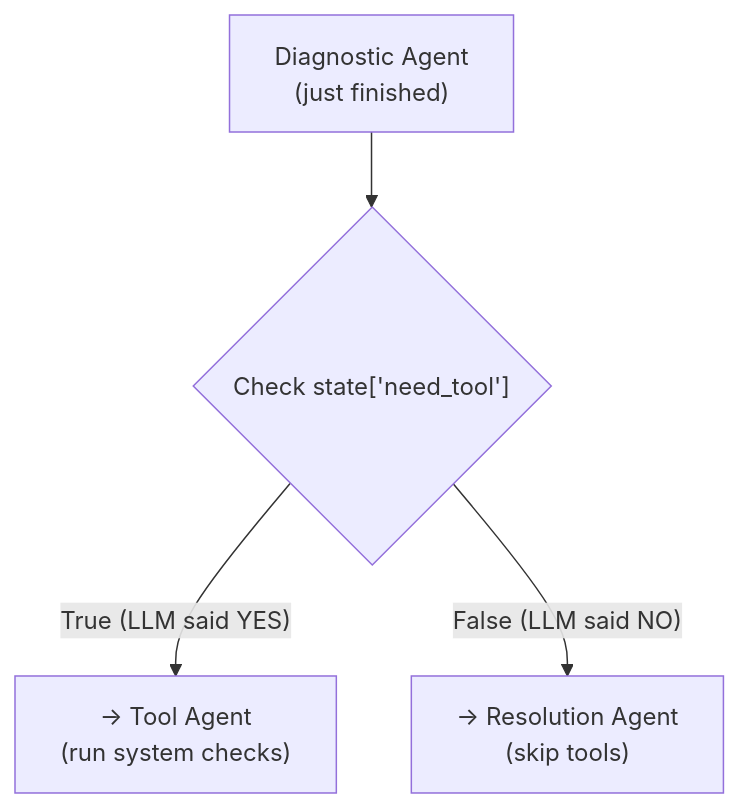
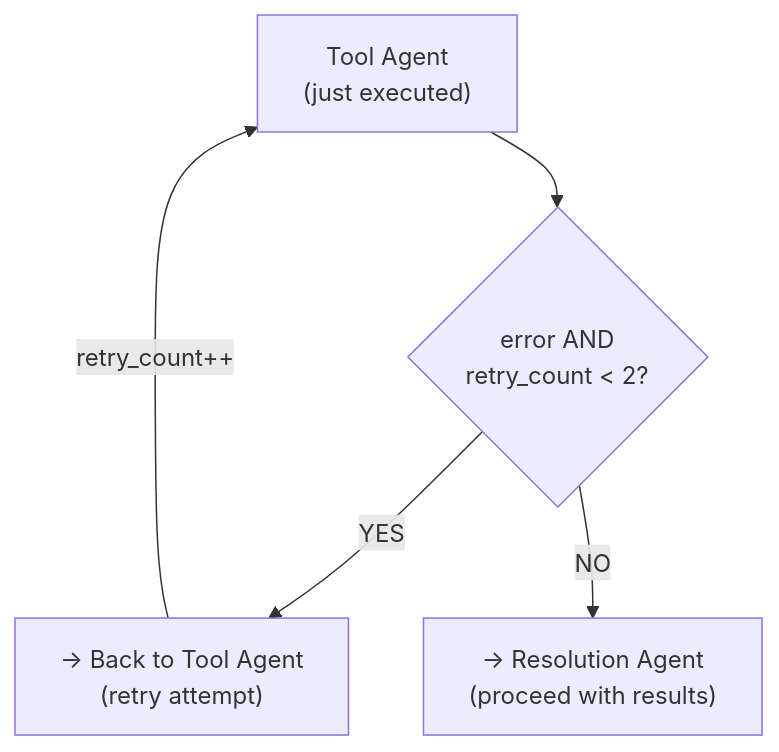
One commit to gurkiratsinghh0905/Agentic-ai-Enterprise-IT-Operations changed the third of 4 diagrams in docs/walkthrough.md. Above: the diagram before and after it, drawn with Mermaid. The commit also changed other lines of this file and 29 other files, not shown here.

````diff
--- a/docs/walkthrough.md
+++ b/docs/walkthrough.md
@@ -354,11 +378,12 @@
 ```mermaid
 graph TD
-    DIAG["Diagnostic Agent<br/>(just finished)"]
-    CHECK{"Check state['need_tool']"}
-    TOOL["→ Tool Agent<br/>(run system checks)"]
-    RES["→ Resolution Agent<br/>(skip tools)"]
-    
-    DIAG --> CHECK
-    CHECK -->|"True (LLM said YES)"| TOOL
-    CHECK -->|"False (LLM said NO)"| RES
+    TOOL["Tool Agent\n(just executed)"]
+    CHECK{"error AND\nretry_count < 2?"}
+    RETRY["→ Back to Tool Agent\n(retry attempt)"]
+    PROCEED["→ Resolution Agent\n(proceed with results)"]
+
+    TOOL --> CHECK
+    CHECK -->|"YES"| RETRY
+    CHECK -->|"NO"| PROCEED
+    RETRY -->|"retry_count++"| TOOL
 ```
````
